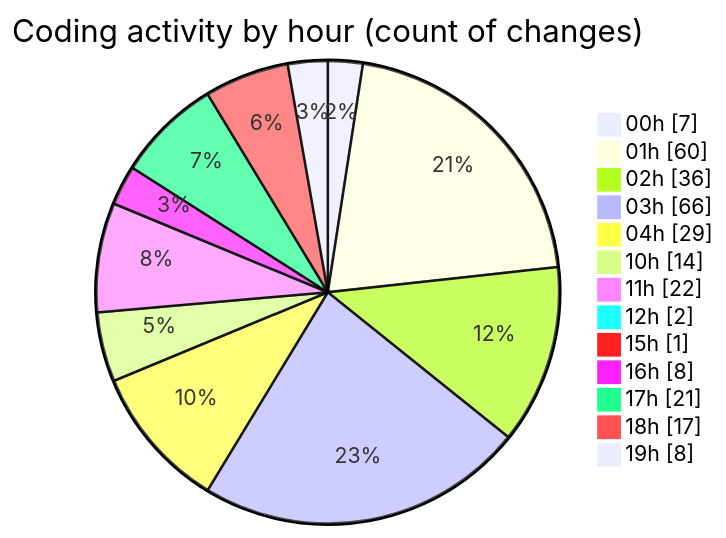
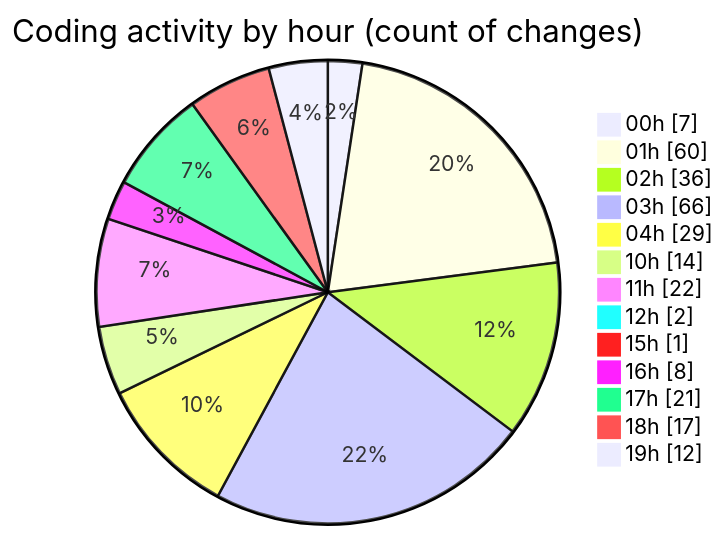
One commit to julien-gomy/code-tracking changed the second of 2 diagrams in 2025-10-07/eventscop-frontend-guide__workspace_/README.md. Above: the diagram before and after it, drawn with Mermaid. The commit also changed other lines of this file and 1 other file, not shown here.

````diff
--- a/2025-10-07/eventscop-frontend-guide__workspace_/README.md
+++ b/2025-10-07/eventscop-frontend-guide__workspace_/README.md
@@ -110,17 +111,17 @@
 ```mermaid
 pie showData
 title Coding activity by hour (count of changes)
 "00h" : 7
 "01h" : 60
 "02h" : 36
 "03h" : 66
 "04h" : 29
 "10h" : 14
 "11h" : 22
 "12h" : 2
 "15h" : 1
 "16h" : 8
 "17h" : 21
 "18h" : 17
-"19h" : 8
+"19h" : 12
 ```
````
